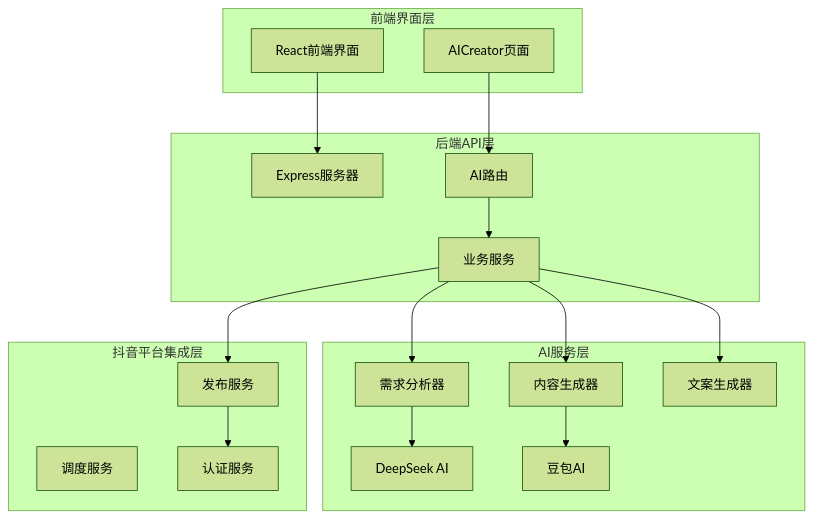
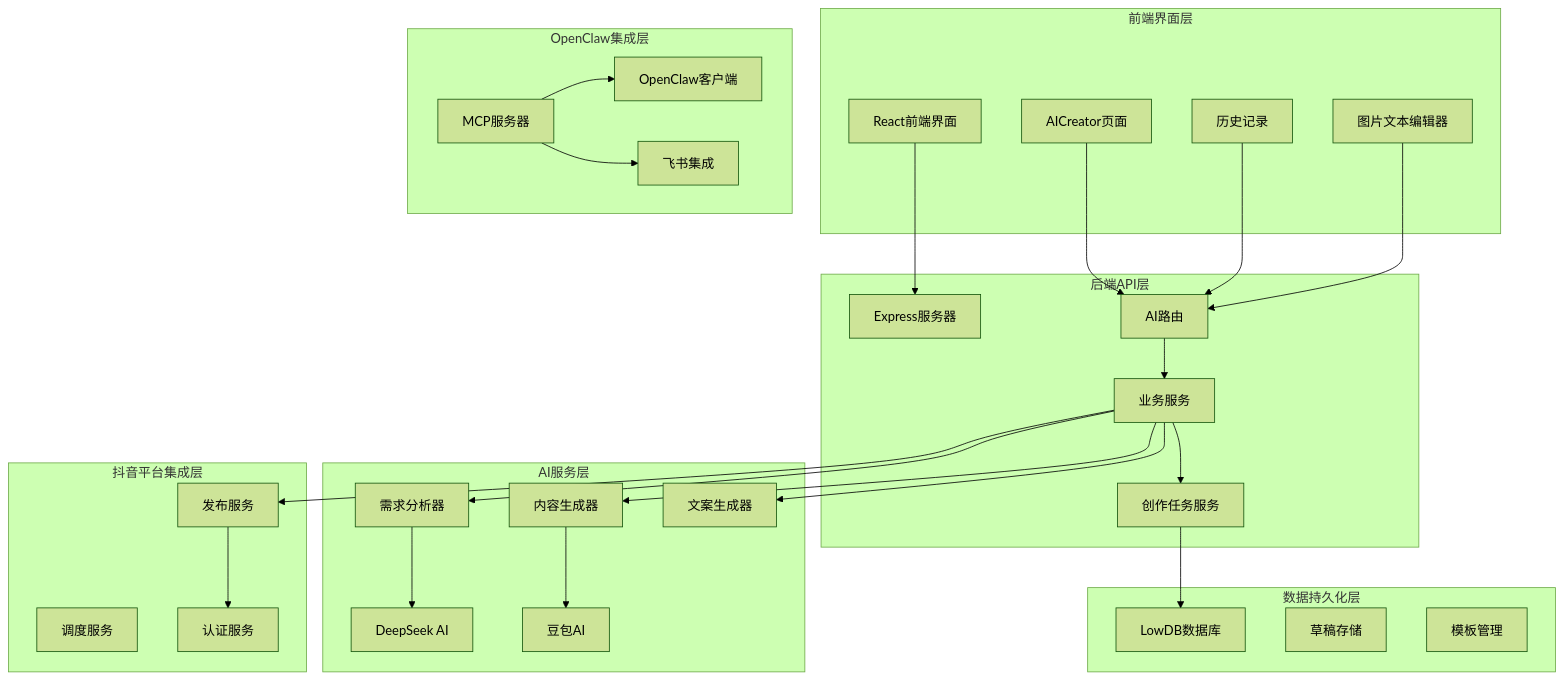
Before and after one commit to songdiyang/clawOperations: the first of 16 diagrams in .qoder/repowiki/zh/content/核心模块详解/发布服务模块/AI发布服务.md, drawn with Mermaid (forest theme). The commit also changed other lines of this file and 10 other files, not shown here.

````diff
--- a/.qoder/repowiki/zh/content/核心模块详解/发布服务模块/AI发布服务.md
+++ b/.qoder/repowiki/zh/content/核心模块详解/发布服务模块/AI发布服务.md
@@ -50,34 +76,54 @@
 ```mermaid
 graph TB
 subgraph "前端界面层"
 UI[React前端界面]
 Creator[AICreator页面]
+History[历史记录抽屉]
+ImageEditor[图片文本编辑器]
 end
 subgraph "后端API层"
 Server[Express服务器]
 Routes[AI路由]
 Services[业务服务]
+TaskService[创作任务服务]
 end
 subgraph "AI服务层"
 Analyzer[需求分析器]
 Generator[内容生成器]
 Copywriter[文案生成器]
 DeepSeek[DeepSeek AI]
 Doubao[豆包AI]
 end
+subgraph "数据持久化层"
+Database[LowDB数据库]
+Drafts[草稿存储]
+History[历史记录]
+Templates[模板管理]
+end
 subgraph "抖音平台集成层"
 Publisher[发布服务]
 Scheduler[调度服务]
 Auth[认证服务]
 end
+subgraph "OpenClaw集成层"
+MCP[MCP服务器]
+OpenClaw[OpenClaw客户端]
+Feishu[飞书集成]
+end
 UI --> Server
 Creator --> Routes
+History --> Routes
+ImageEditor --> Routes
 Routes --> Services
+Services --> TaskService
+TaskService --> Database
 Services --> Analyzer
 Services --> Generator
 Services --> Copywriter
 Analyzer --> DeepSeek
 Generator --> Doubao
 Services --> Publisher
 Publisher --> Auth
+MCP --> OpenClaw
+MCP --> Feishu
 ```
````
